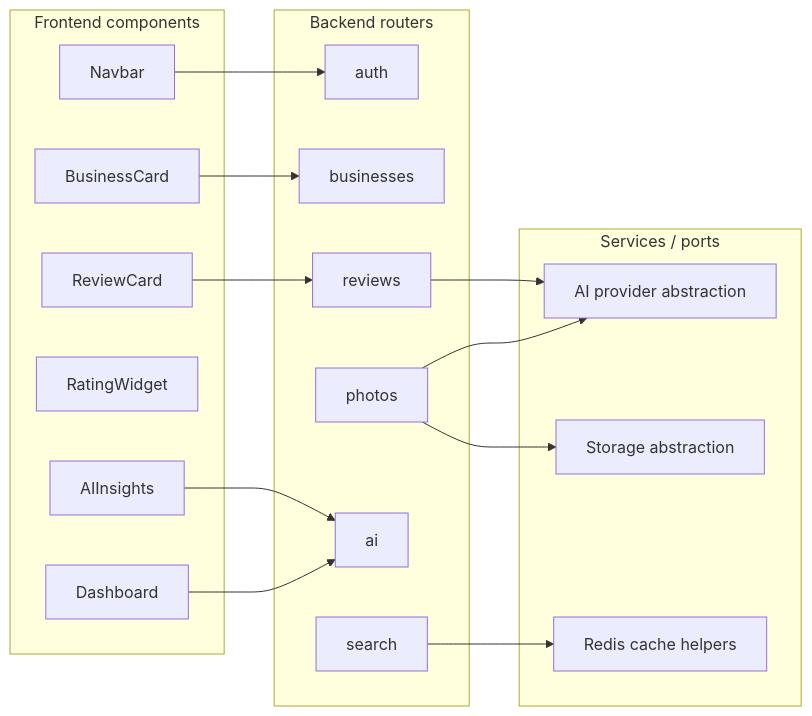
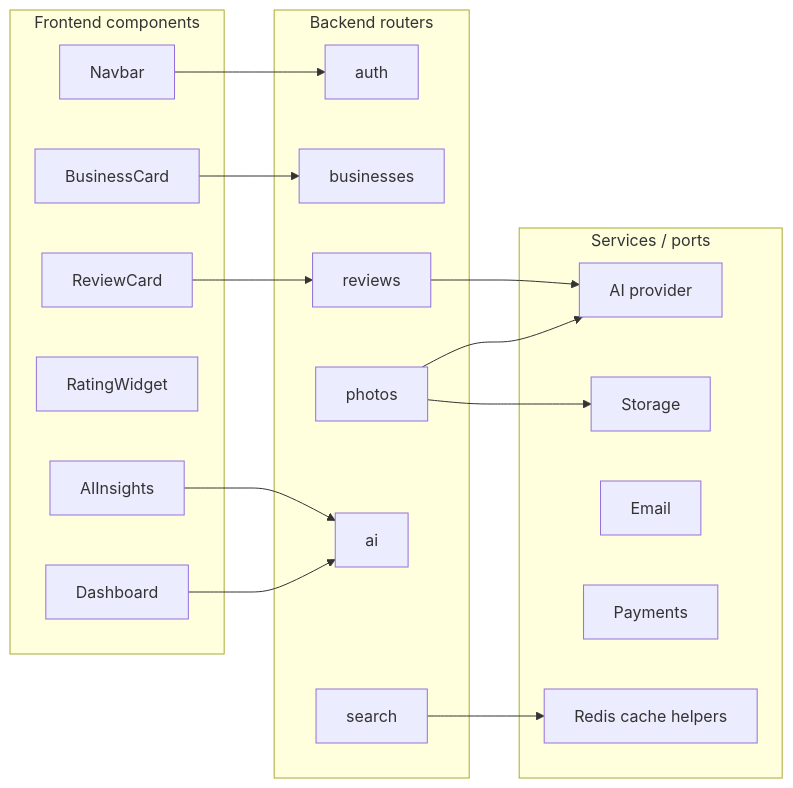
Before and after one commit to krishnaviswa/MEngPlat: the fourth of 21 diagrams in README.md, drawn with Mermaid. The commit also changed other lines of this file and 29 other files, not shown here.

First line of the commit message:
Enhance documentation and implement new features for payments and email integration

````diff
--- a/README.md
+++ b/README.md
@@ -265,37 +271,39 @@
 ```mermaid
 flowchart LR
     subgraph FrontendComponents["Frontend components"]
         Nav[Navbar]
         BC[BusinessCard]
         RC[ReviewCard]
         RW[RatingWidget]
         AIC[AIInsights]
         Dash[Dashboard]
     end
 
     subgraph Routers["Backend routers"]
         Auth[auth]
         Biz[businesses]
         Rev[reviews]
         Photo[photos]
         AIr[ai]
         Search[search]
     end
 
     subgraph Services["Services / ports"]
-        AIProv[AI provider abstraction]
-        Store[Storage abstraction]
+        AIProv[AI provider]
+        Store[Storage]
+        Mail[Email]
+        Pay[Payments]
         Cache[Redis cache helpers]
     end
 
     Nav --> Auth
     BC --> Biz
     RC --> Rev
     AIC --> AIr
     Dash --> AIr
 
     Rev --> AIProv
     Photo --> AIProv
     Photo --> Store
     Search --> Cache
 ```
````
